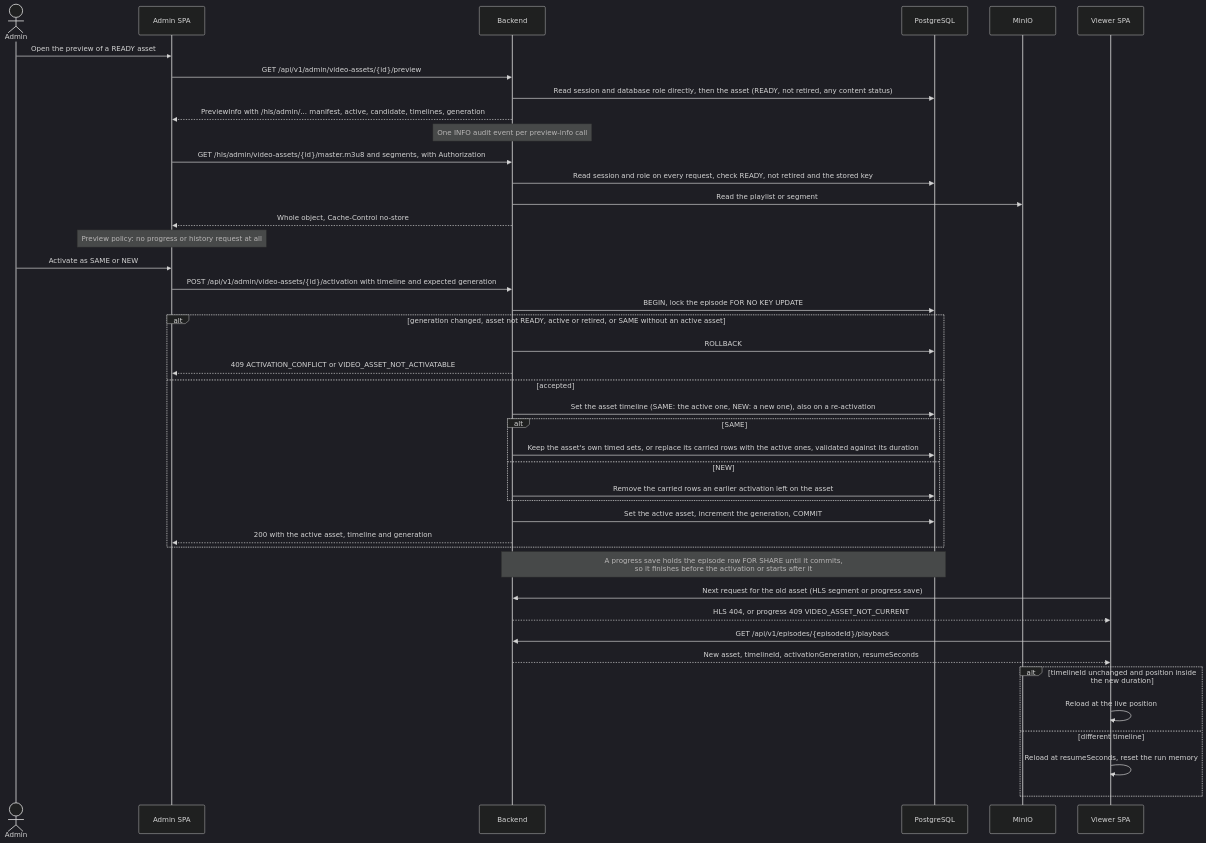
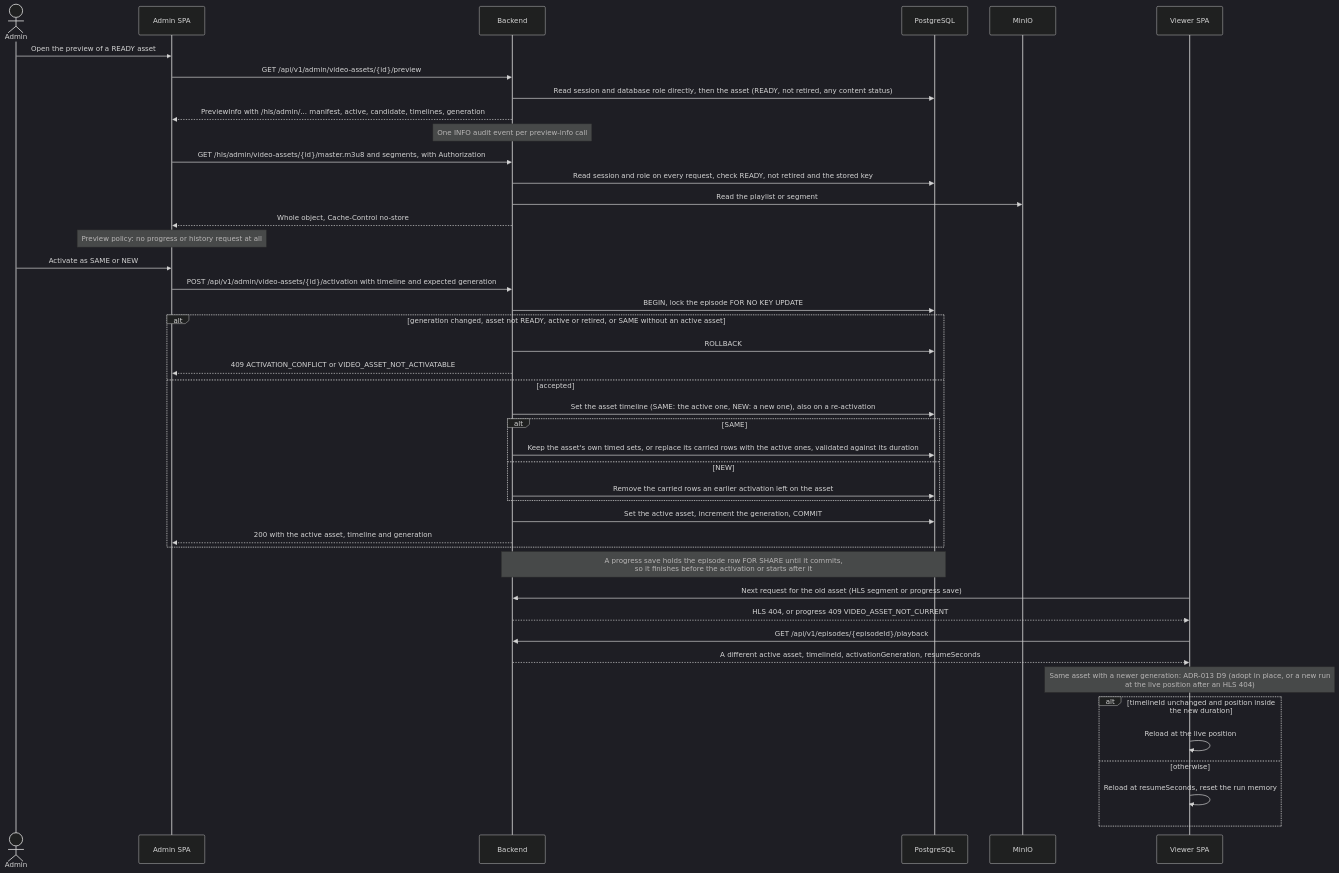
One commit to Duyphanb/Self-hosted-VoD-Platform changed the eighth of 10 diagrams in docs/architecture/SEQUENCE-DIAGRAMS.md. Above: the diagram before and after it, drawn with Mermaid (dark theme). The commit also changed other lines of this file and 2 other files, not shown here.

Commit message:
docs(catalog): address review round 5 nits on ADR-013
- Describe a stale tab's upload outcomes after the S2 cutover (400 from
  the multipart gate, 413 or a lost connection; nothing stored) in D13
  and SECURITY, and scope the S2 test to checks that start after it.
- Scope the viewer reload in the activation diagram to a different
  active asset and point to D9 for the same-asset answer.

````diff
--- a/docs/architecture/SEQUENCE-DIAGRAMS.md
+++ b/docs/architecture/SEQUENCE-DIAGRAMS.md
@@ -257,46 +257,47 @@
 ```mermaid
 sequenceDiagram
     actor Admin
     participant AdminSPA as Admin SPA
     participant Backend
     participant PostgreSQL
     participant MinIO
     participant ViewerSPA as Viewer SPA
 
     Admin->>AdminSPA: Open the preview of a READY asset
     AdminSPA->>Backend: GET /api/v1/admin/video-assets/{id}/preview
     Backend->>PostgreSQL: Read session and database role directly, then the asset (READY, not retired, any content status)
     Backend-->>AdminSPA: PreviewInfo with /hls/admin/... manifest, active, candidate, timelines, generation
     Note over Backend: One INFO audit event per preview-info call
     AdminSPA->>Backend: GET /hls/admin/video-assets/{id}/master.m3u8 and segments, with Authorization
     Backend->>PostgreSQL: Read session and role on every request, check READY, not retired and the stored key
     Backend->>MinIO: Read the playlist or segment
     Backend-->>AdminSPA: Whole object, Cache-Control no-store
     Note over AdminSPA: Preview policy: no progress or history request at all
     Admin->>AdminSPA: Activate as SAME or NEW
     AdminSPA->>Backend: POST /api/v1/admin/video-assets/{id}/activation with timeline and expected generation
     Backend->>PostgreSQL: BEGIN, lock the episode FOR NO KEY UPDATE
     alt generation changed, asset not READY, active or retired, or SAME without an active asset
         Backend->>PostgreSQL: ROLLBACK
         Backend-->>AdminSPA: 409 ACTIVATION_CONFLICT or VIDEO_ASSET_NOT_ACTIVATABLE
     else accepted
         Backend->>PostgreSQL: Set the asset timeline (SAME: the active one, NEW: a new one), also on a re-activation
         alt SAME
             Backend->>PostgreSQL: Keep the asset's own timed sets, or replace its carried rows with the active ones, validated against its duration
         else NEW
             Backend->>PostgreSQL: Remove the carried rows an earlier activation left on the asset
         end
         Backend->>PostgreSQL: Set the active asset, increment the generation, COMMIT
         Backend-->>AdminSPA: 200 with the active asset, timeline and generation
     end
     Note over Backend,PostgreSQL: A progress save holds the episode row FOR SHARE until it commits,<br/>so it finishes before the activation or starts after it
     ViewerSPA->>Backend: Next request for the old asset (HLS segment or progress save)
     Backend-->>ViewerSPA: HLS 404, or progress 409 VIDEO_ASSET_NOT_CURRENT
     ViewerSPA->>Backend: GET /api/v1/episodes/{episodeId}/playback
-    Backend-->>ViewerSPA: New asset, timelineId, activationGeneration, resumeSeconds
+    Backend-->>ViewerSPA: A different active asset, timelineId, activationGeneration, resumeSeconds
+    Note over ViewerSPA: Same asset with a newer generation: ADR-013 D9 (adopt in place, or a new run<br/>at the live position after an HLS 404)
     alt timelineId unchanged and position inside the new duration
         ViewerSPA->>ViewerSPA: Reload at the live position
-    else different timeline
+    else otherwise
         ViewerSPA->>ViewerSPA: Reload at resumeSeconds, reset the run memory
     end
 ```
````
